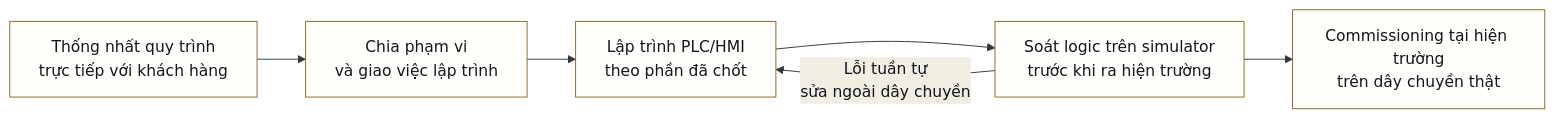
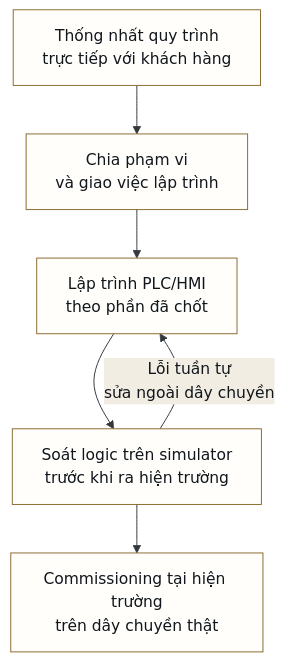
Before and after one commit to quangvo1302/quangvo1302.github.io: the diagram in diagrams/soya-blending-chilli-grinder.mmd, drawn with Mermaid. The commit also changed 8 other files, not shown here.

Commit message:
Improve mobile diagram legibility

```diff
--- a/diagrams/soya-blending-chilli-grinder.mmd
+++ b/diagrams/soya-blending-chilli-grinder.mmd
@@ -1,10 +1,10 @@
 %%{init: {"theme": "base", "themeVariables": {"background": "transparent", "primaryColor": "#fffefb", "primaryTextColor": "#10161c", "primaryBorderColor": "#8a6a2f", "lineColor": "#33383d", "secondaryColor": "#f2ede3", "tertiaryColor": "#fbfaf7", "fontFamily": "Fira Sans, Inter, system-ui, sans-serif"}}}%%
-flowchart LR
+flowchart TB
   A["Thống nhất quy trình<br/>trực tiếp với khách hàng"]
   B["Chia phạm vi<br/>và giao việc lập trình"]
   C["Lập trình PLC/HMI<br/>theo phần đã chốt"]
   D["Soát logic trên simulator<br/>trước khi ra hiện trường"]
   E["Commissioning tại hiện trường<br/>trên dây chuyền thật"]
 
   A --> B --> C --> D --> E
   D -- "Lỗi tuần tự<br/>sửa ngoài dây chuyền" --> C
```
